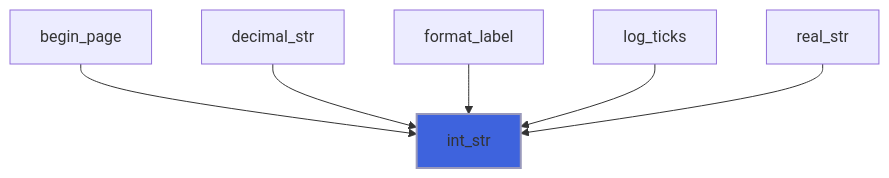
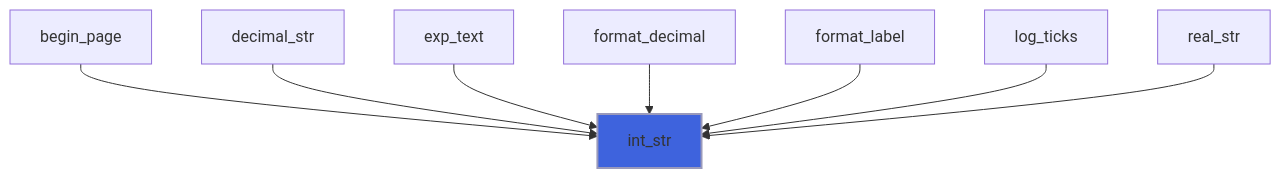
One commit to szaghi/foresight changed the sixth of 16 diagrams in docs/api/src/lib/foresight_format.md. Above: the diagram before and after it, drawn with Mermaid. The commit also changed other lines of this file and 42 other files, not shown here.

````diff
--- a/docs/api/src/lib/foresight_format.md
+++ b/docs/api/src/lib/foresight_format.md
@@ -53,9 +222,11 @@
 ```mermaid
 flowchart TD
   begin_page["begin_page"] --> int_str["int_str"]
   decimal_str["decimal_str"] --> int_str["int_str"]
+  exp_text["exp_text"] --> int_str["int_str"]
+  format_decimal["format_decimal"] --> int_str["int_str"]
   format_label["format_label"] --> int_str["int_str"]
   log_ticks["log_ticks"] --> int_str["int_str"]
   real_str["real_str"] --> int_str["int_str"]
   style int_str fill:#3e63dd,stroke:#99b,stroke-width:2px
 ```
````
